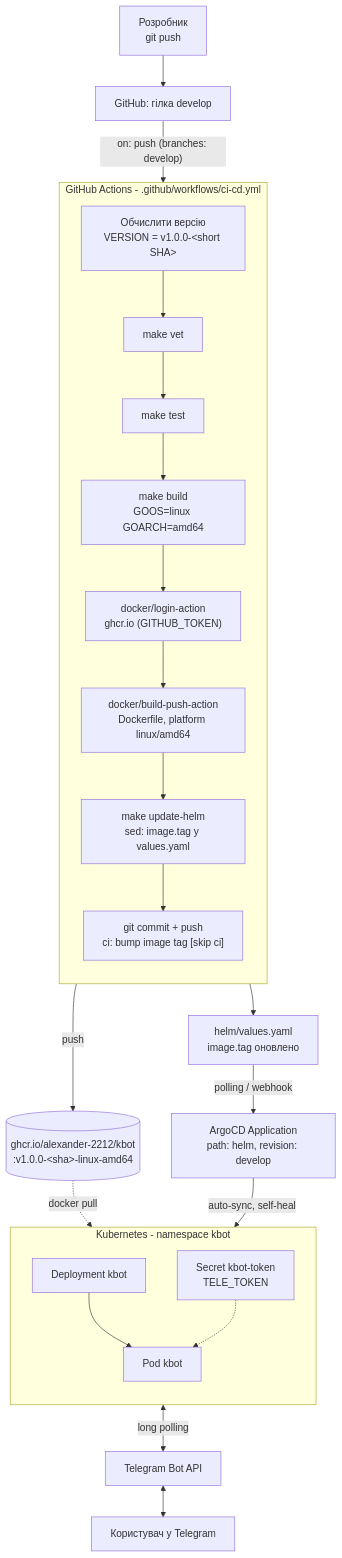
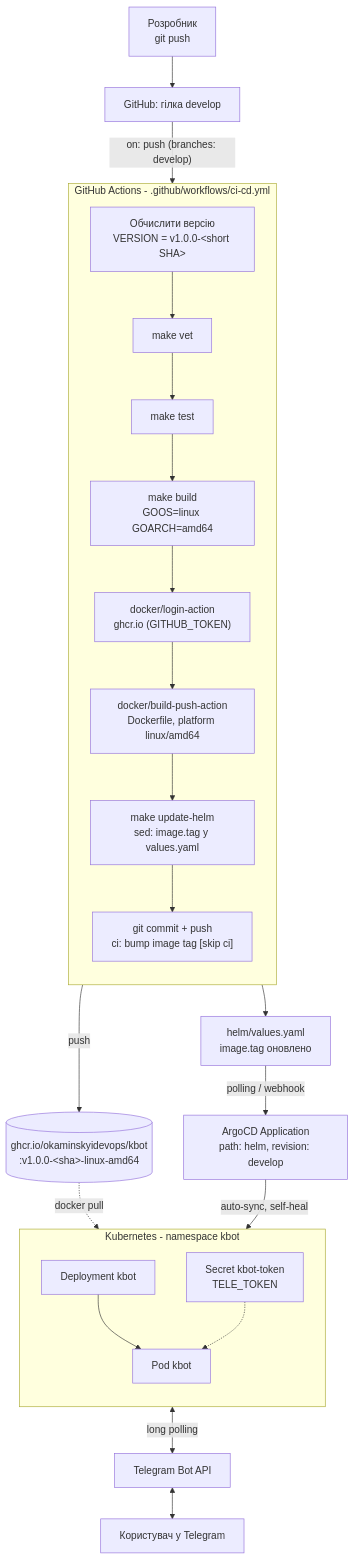
One commit to Alexander-2212/kbot changed the first of 2 diagrams in README.md. Above: the diagram before and after it, drawn with Mermaid. The commit also changed other lines of this file and 9 other files, not shown here.

````diff
--- a/README.md
+++ b/README.md
@@ -22,33 +22,33 @@
 ```mermaid
 flowchart TD
     dev["Розробник<br/>git push"] --> develop["GitHub: гілка develop"]
 
     develop -->|"on: push (branches: develop)"| wf
 
     subgraph wf["GitHub Actions - .github/workflows/ci-cd.yml"]
         direction TB
         meta["Обчислити версію<br/>VERSION = v1.0.0-&lt;short SHA&gt;"] --> vet["make vet"]
         vet --> test["make test"]
         test --> build["make build<br/>GOOS=linux GOARCH=amd64"]
         build --> login["docker/login-action<br/>ghcr.io (GITHUB_TOKEN)"]
         login --> img["docker/build-push-action<br/>Dockerfile, platform linux/amd64"]
         img --> bump["make update-helm<br/>sed: image.tag у values.yaml"]
         bump --> commit["git commit + push<br/>ci: bump image tag [skip ci]"]
     end
 
-    img -->|push| ghcr[("ghcr.io/alexander-2212/kbot<br/>:v1.0.0-&lt;sha&gt;-linux-amd64")]
+    img -->|push| ghcr[("ghcr.io/okaminskyidevops/kbot<br/>:v1.0.0-&lt;sha&gt;-linux-amd64")]
     commit --> chart["helm/values.yaml<br/>image.tag оновлено"]
 
     chart -->|"polling / webhook"| argo["ArgoCD Application<br/>path: helm, revision: develop"]
     argo -->|"auto-sync, self-heal"| k8s
 
     subgraph k8s["Kubernetes - namespace kbot"]
         direction TB
         deploy["Deployment kbot"] --> pod["Pod kbot"]
         secret["Secret kbot-token<br/>TELE_TOKEN"] -.-> pod
     end
 
     ghcr -.->|"docker pull"| pod
     pod <-->|"long polling"| tg["Telegram Bot API"]
     tg <--> user["Користувач у Telegram"]
 ```
````
